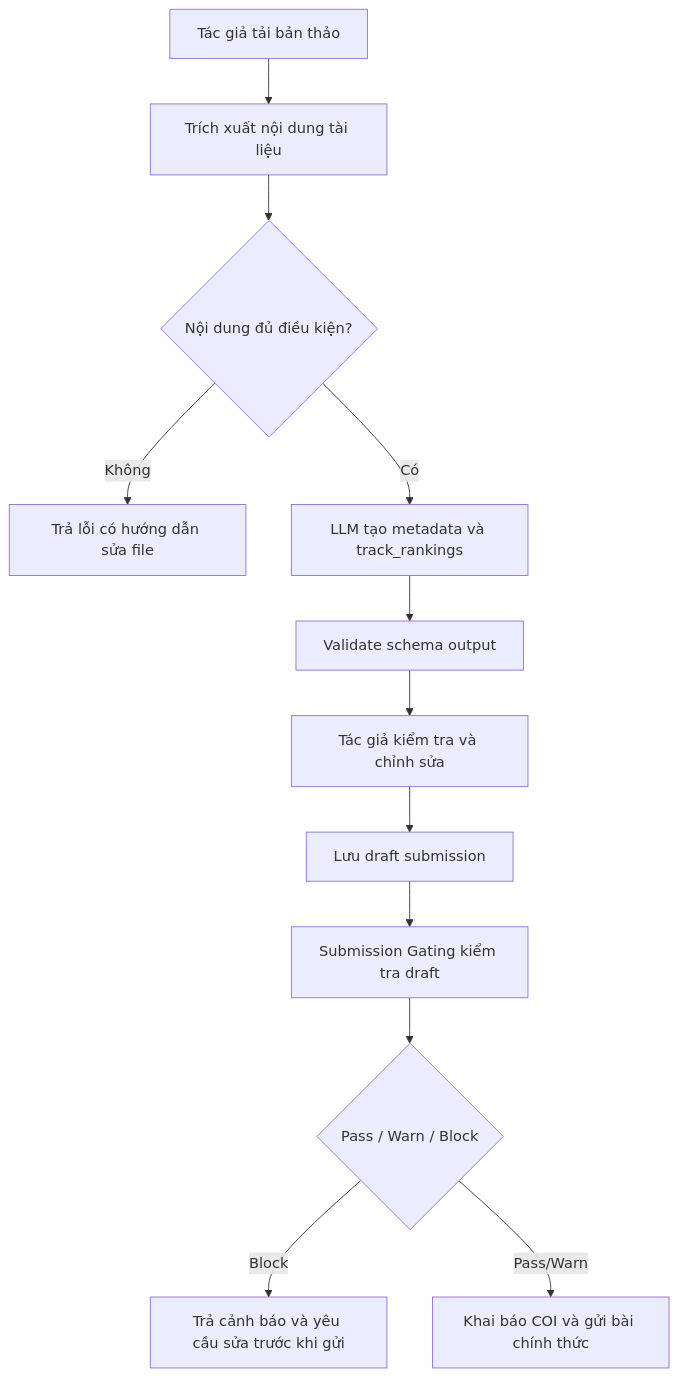
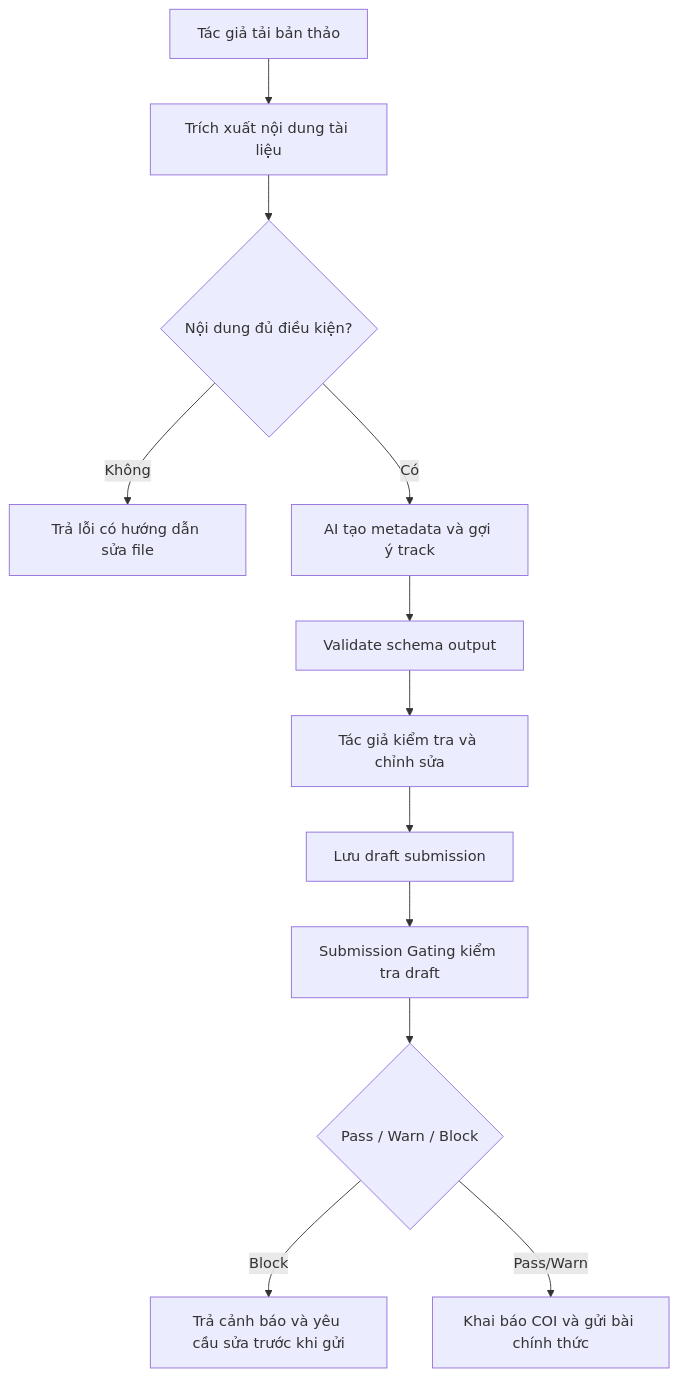
One commit to 5CLCsCan/ConferenceSpace changed the third of 19 diagrams in docs/report/compiled/final_combined/03-xay-dung-he-thong.md. Above: the diagram before and after it, drawn with Mermaid. The commit also changed other lines of this file and 3 other files, not shown here.

````diff
--- a/docs/report/compiled/final_combined/03-xay-dung-he-thong.md
+++ b/docs/report/compiled/final_combined/03-xay-dung-he-thong.md
@@ -144,14 +144,14 @@
 ```mermaid
 flowchart TD
     A["Tác giả tải bản thảo"] --> B["Trích xuất nội dung tài liệu"]
     B --> C{"Nội dung đủ điều kiện?"}
     C -- "Không" --> D["Trả lỗi có hướng dẫn sửa file"]
-    C -- "Có" --> E["LLM tạo metadata và track_rankings"]
+    C -- "Có" --> E["AI tạo metadata và gợi ý track"]
     E --> F["Validate schema output"]
     F --> G["Tác giả kiểm tra và chỉnh sửa"]
     G --> H["Lưu draft submission"]
     H --> I["Submission Gating kiểm tra draft"]
     I --> J{"Pass / Warn / Block"}
     J -- "Block" --> K["Trả cảnh báo và yêu cầu sửa trước khi gửi"]
     J -- "Pass/Warn" --> L["Khai báo COI và gửi bài chính thức"]
 ```
````
